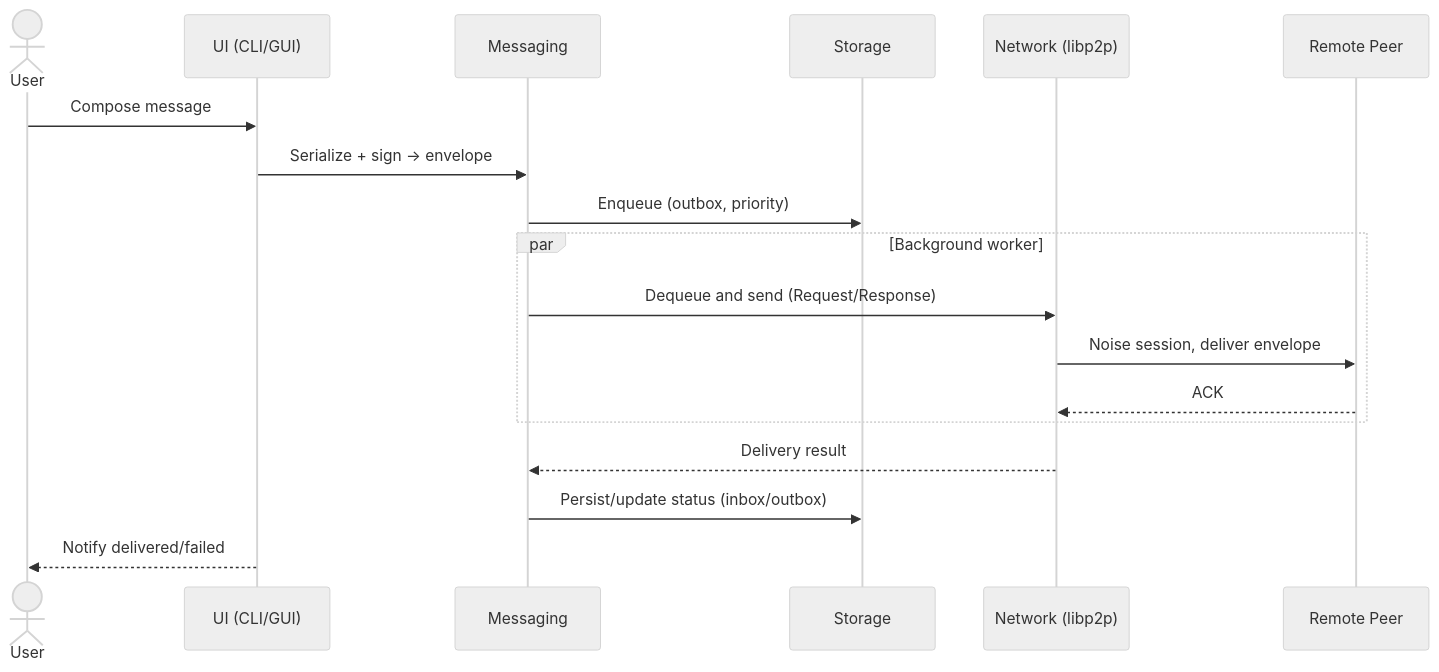
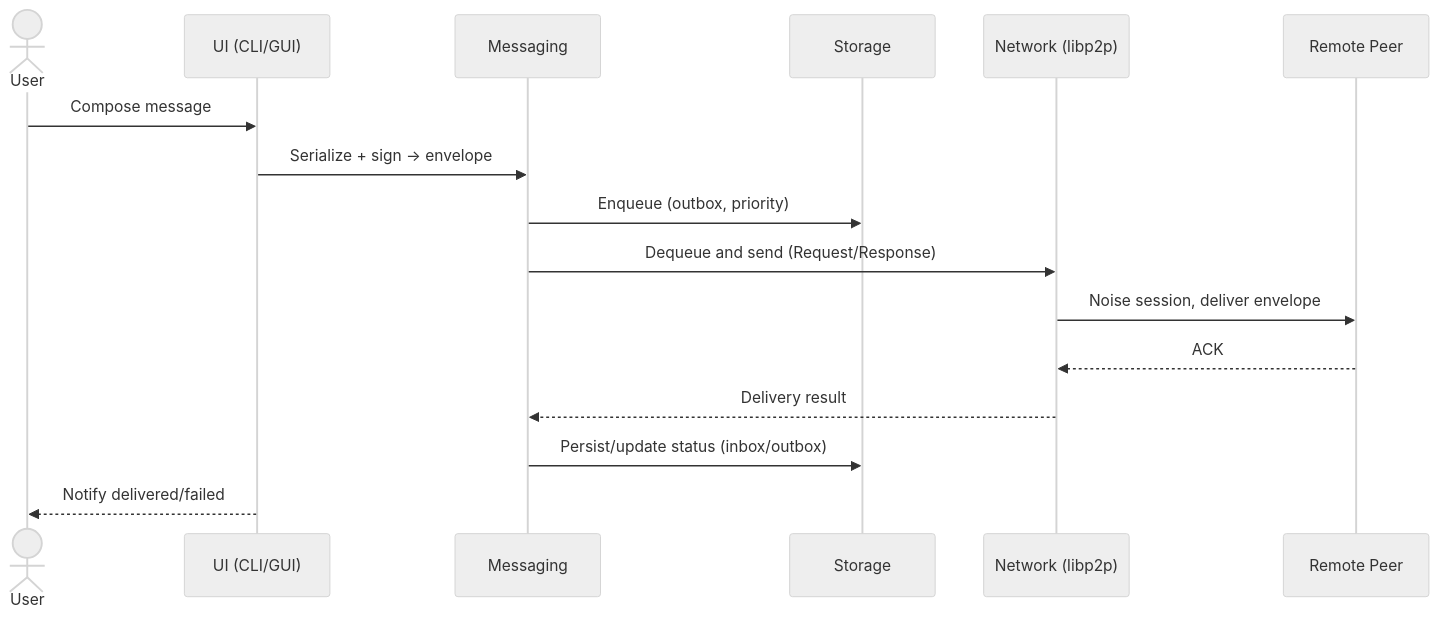
One commit to CalebFields/Pigeon changed the second of 5 diagrams in Pigeon/docs/ARCHITECTURE_OVERVIEW.md. Above: the diagram before and after it, drawn with Mermaid (neutral theme). The commit also changed other lines of this file, not shown here.

Commit message:
docs(architecture): fix Mermaid syntax for GitHub renderer

````diff
--- a/Pigeon/docs/ARCHITECTURE_OVERVIEW.md
+++ b/Pigeon/docs/ARCHITECTURE_OVERVIEW.md
@@ -218,21 +218,19 @@
 ```mermaid
 sequenceDiagram
   actor U as User
   participant UI as UI (CLI/GUI)
   participant MSG as Messaging
   participant ST as Storage
   participant NET as Network (libp2p)
   participant RP as Remote Peer
 
   U->>UI: Compose message
   UI->>MSG: Serialize + sign -> envelope
   MSG->>ST: Enqueue (outbox, priority)
-  par Background worker
-    MSG->>NET: Dequeue and send (Request/Response)
-    NET->>RP: Noise session, deliver envelope
-    RP-->>NET: ACK
-  end
+  MSG->>NET: Dequeue and send (Request/Response)
+  NET->>RP: Noise session, deliver envelope
+  RP-->>NET: ACK
   NET-->>MSG: Delivery result
   MSG->>ST: Persist/update status (inbox/outbox)
   UI-->>U: Notify delivered/failed
 ```
````
